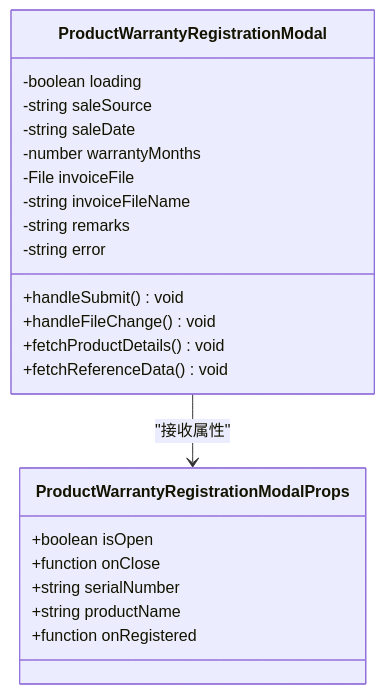
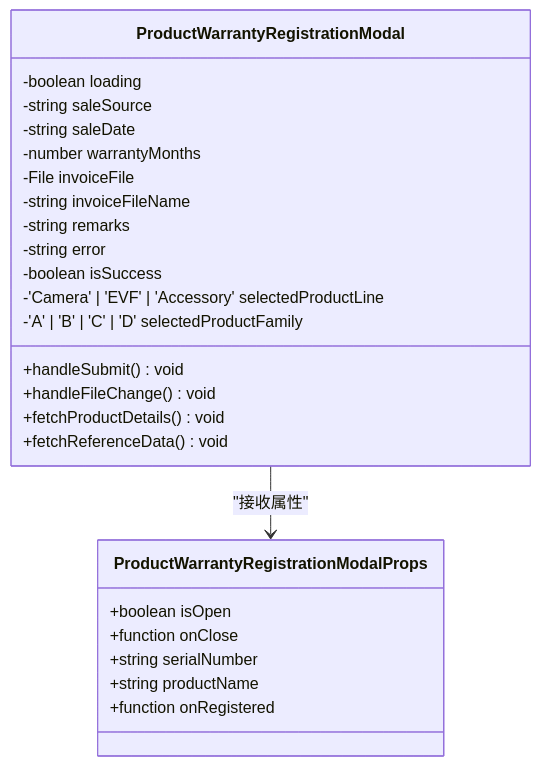
One commit to CubeEdge/Longhorn changed the second of 8 diagrams in .qoder/repowiki/zh/content/前端组件架构/保修注册模态框组件.md. Above: the diagram before and after it, drawn with Mermaid. The commit also changed other lines of this file and 3 other files, not shown here.

````diff
--- a/.qoder/repowiki/zh/content/前端组件架构/保修注册模态框组件.md
+++ b/.qoder/repowiki/zh/content/前端组件架构/保修注册模态框组件.md
@@ -75,25 +100,28 @@
 ```mermaid
 classDiagram
 class ProductWarrantyRegistrationModalProps {
 +boolean isOpen
 +function onClose
 +string serialNumber
 +string productName
 +function onRegistered
 }
 class ProductWarrantyRegistrationModal {
 -boolean loading
 -string saleSource
 -string saleDate
 -number warrantyMonths
 -File invoiceFile
 -string invoiceFileName
 -string remarks
 -string error
+-boolean isSuccess
+-'Camera' | 'EVF' | 'Accessory' selectedProductLine
+-'A' | 'B' | 'C' | 'D' selectedProductFamily
 +handleSubmit() void
 +handleFileChange() void
 +fetchProductDetails() void
 +fetchReferenceData() void
 }
 ProductWarrantyRegistrationModal --> ProductWarrantyRegistrationModalProps : "接收属性"
 ```
````
